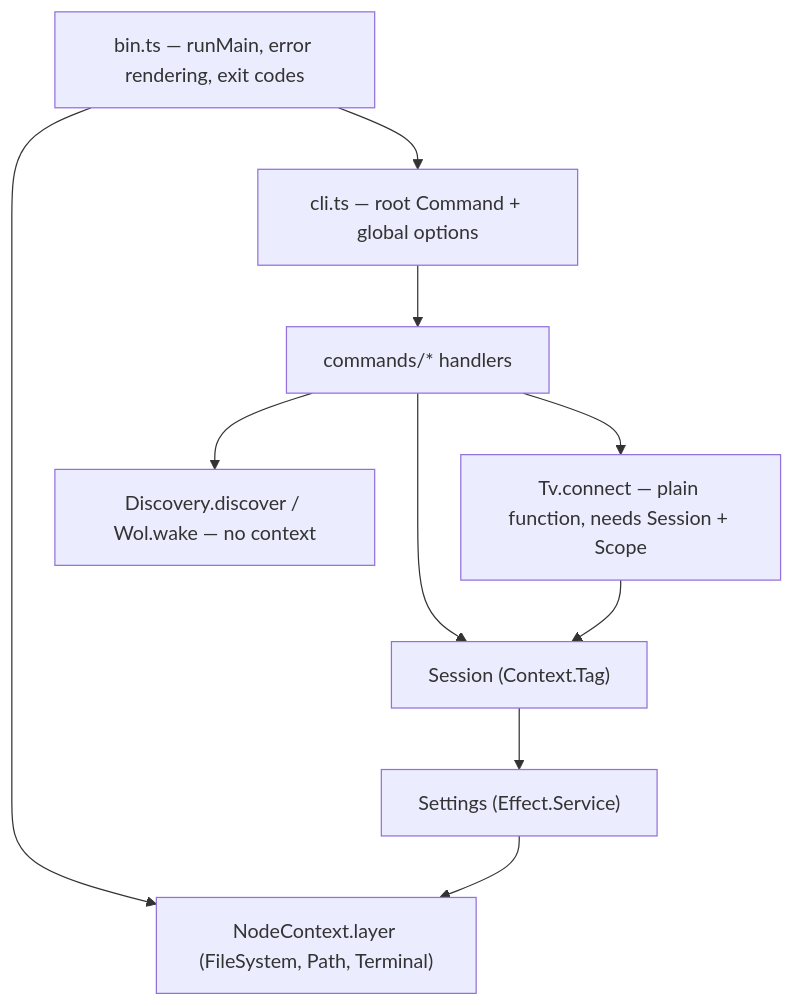
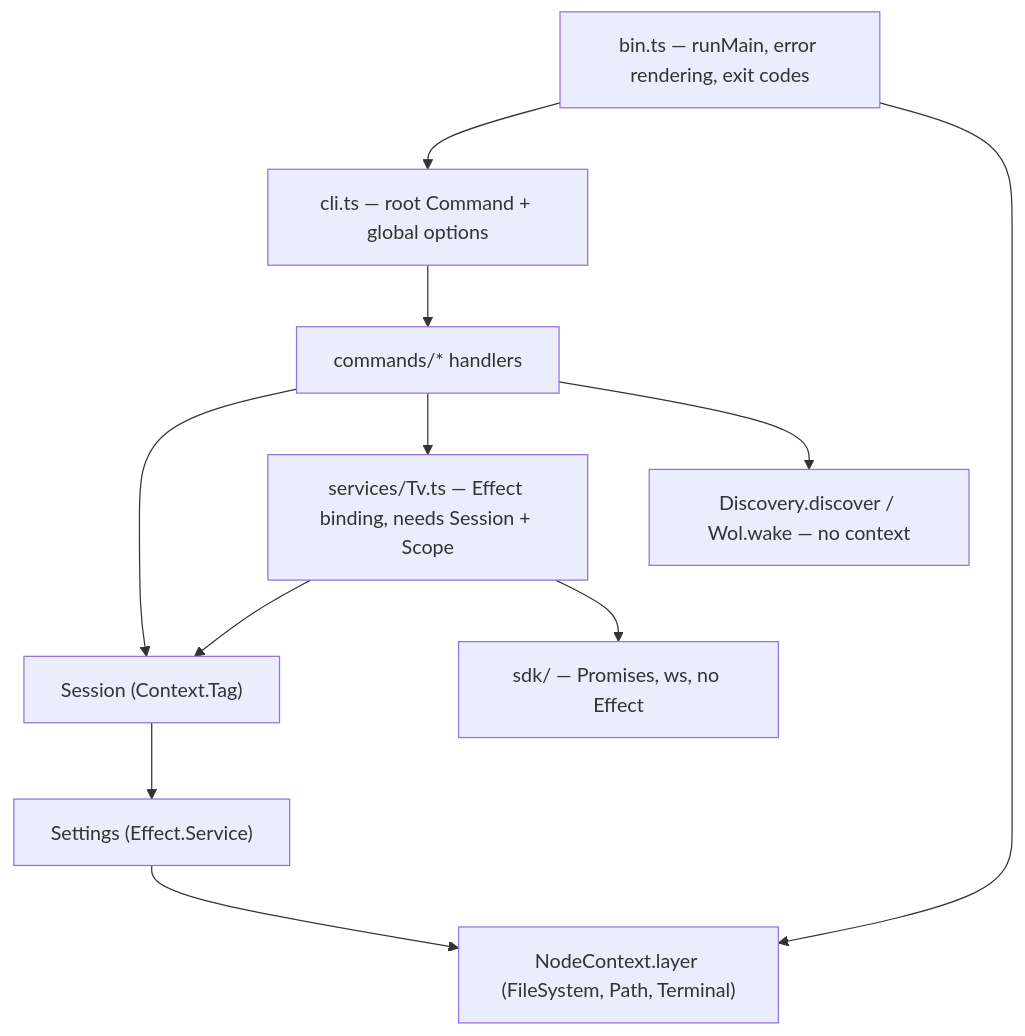
One commit to d-gubert/lgtv-remote changed the first of 2 diagrams in docs/ARCHITECTURE.md. Above: the diagram before and after it, drawn with Mermaid. The commit also changed other lines of this file and 31 other files, not shown here.

Commit message:
chore: decouple the sdk from Effect

````diff
--- a/docs/ARCHITECTURE.md
+++ b/docs/ARCHITECTURE.md
@@ -25,21 +29,23 @@
 ```mermaid
 flowchart TD
   bin["bin.ts — runMain, error rendering, exit codes"]
   cli["cli.ts — root Command + global options"]
   cmds["commands/* handlers"]
   session["Session (Context.Tag)"]
   settings["Settings (Effect.Service)"]
   node["NodeContext.layer (FileSystem, Path, Terminal)"]
-  tv["Tv.connect — plain function, needs Session + Scope"]
+  tv["services/Tv.ts — Effect binding, needs Session + Scope"]
+  sdk["sdk/ — Promises, ws, no Effect"]
   disc["Discovery.discover / Wol.wake — no context"]
 
   bin --> cli
   bin --> node
   cli --> cmds
   cmds --> session
   cmds --> tv
   cmds --> disc
   tv --> session
+  tv --> sdk
   session --> settings
   settings --> node
 ```
````
